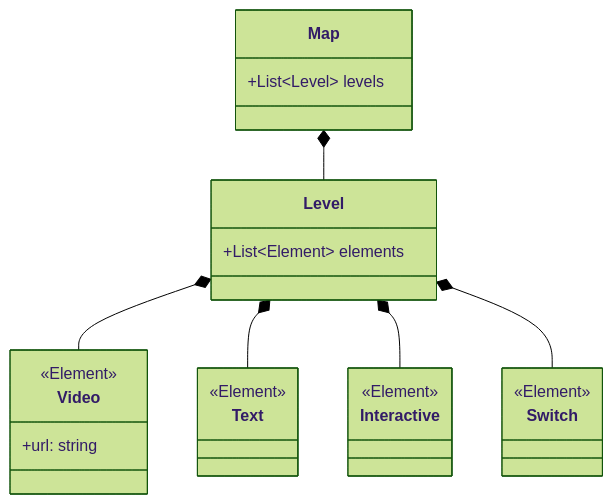
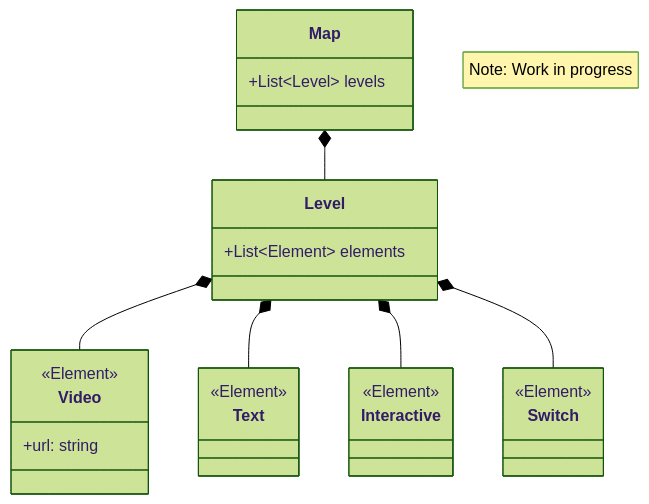
The diagram in README.md (dkwdp/architecture-blueprint), drawn with Mermaid (forest theme) before and after one commit.

Commit message:
Add work in progress note to diagram

````diff
--- a/README.md
+++ b/README.md
@@ -3,33 +3,35 @@
 ```mermaid
 classDiagram
+    note "Note: Work in progress"
+    
     class Map {
         +List~Level~ levels
     }
 
     class Level {
         +List~Element~ elements
     }
 
     class Video {
         <<Element>>
         +url: string
     }
 
     class Text {
         <<Element>>
     }
 
     class Interactive {
         <<Element>>
     }
 
     class Switch {
         <<Element>>
     }
 
     Map *-- Level
     Level *-- Video
     Level *-- Text
     Level *-- Interactive
     Level *-- Switch
 ```
````
